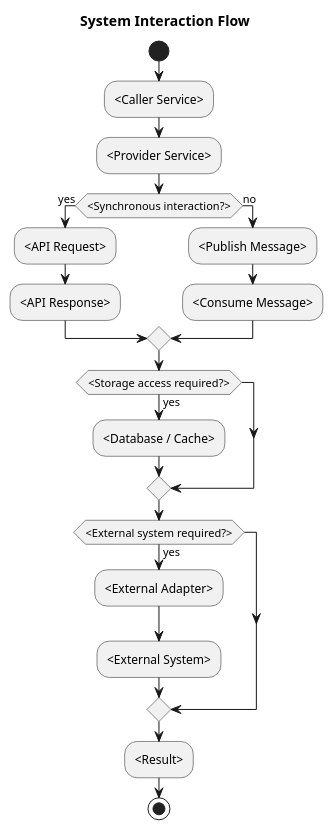
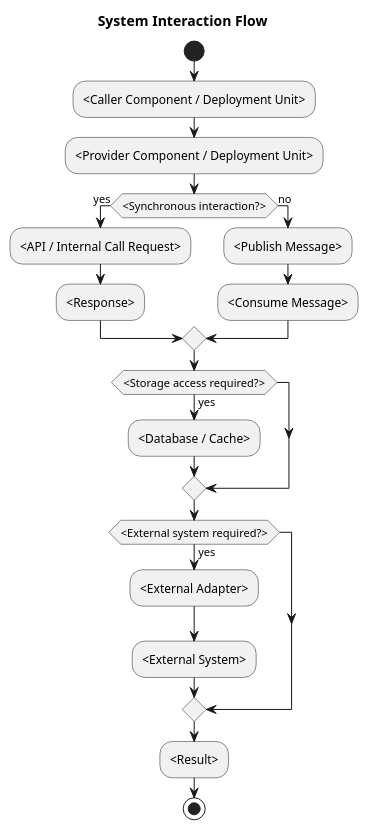
One commit to omegafrog/harness-codex changed the eighth of 10 diagrams in .codex/skills/architecture-spec/references/template.md. Above: the diagram before and after it, drawn with PlantUML. The commit also changed other lines of this file and 4 other files, not shown here.

First line of the commit message:
fix: prevent architecture spec over-fragmentation (#486)

````diff
--- a/.codex/skills/architecture-spec/references/template.md
+++ b/.codex/skills/architecture-spec/references/template.md
@@ -426,31 +442,31 @@
 ```plantuml
 @startuml
 title System Interaction Flow
 
 start
 
-:<Caller Service>;
-:<Provider Service>;
+:<Caller Component / Deployment Unit>;
+:<Provider Component / Deployment Unit>;
 
 if (<Synchronous interaction?>) then (yes)
-    :<API Request>;
-    :<API Response>;
+    :<API / Internal Call Request>;
+    :<Response>;
 else (no)
     :<Publish Message>;
     :<Consume Message>;
 endif
 
 if (<Storage access required?>) then (yes)
     :<Database / Cache>;
 endif
 
 if (<External system required?>) then (yes)
     :<External Adapter>;
     :<External System>;
 endif
 
 :<Result>;
 
 stop
 @enduml
 ```
````
